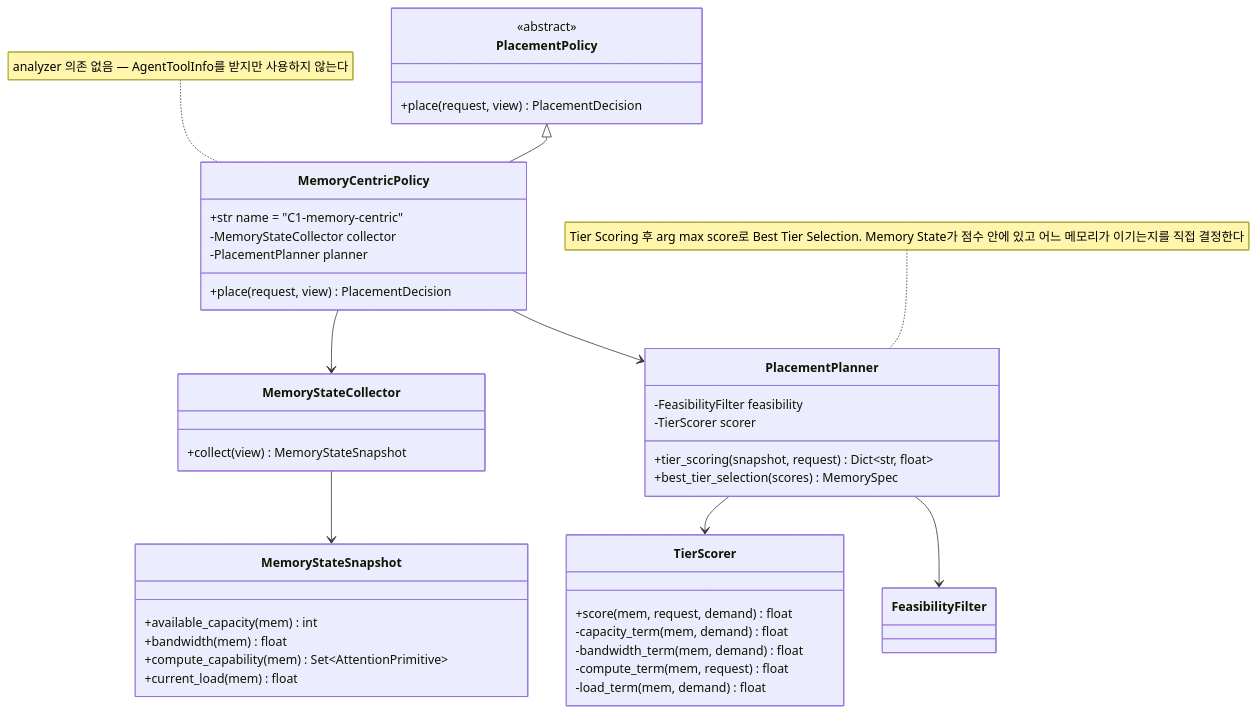
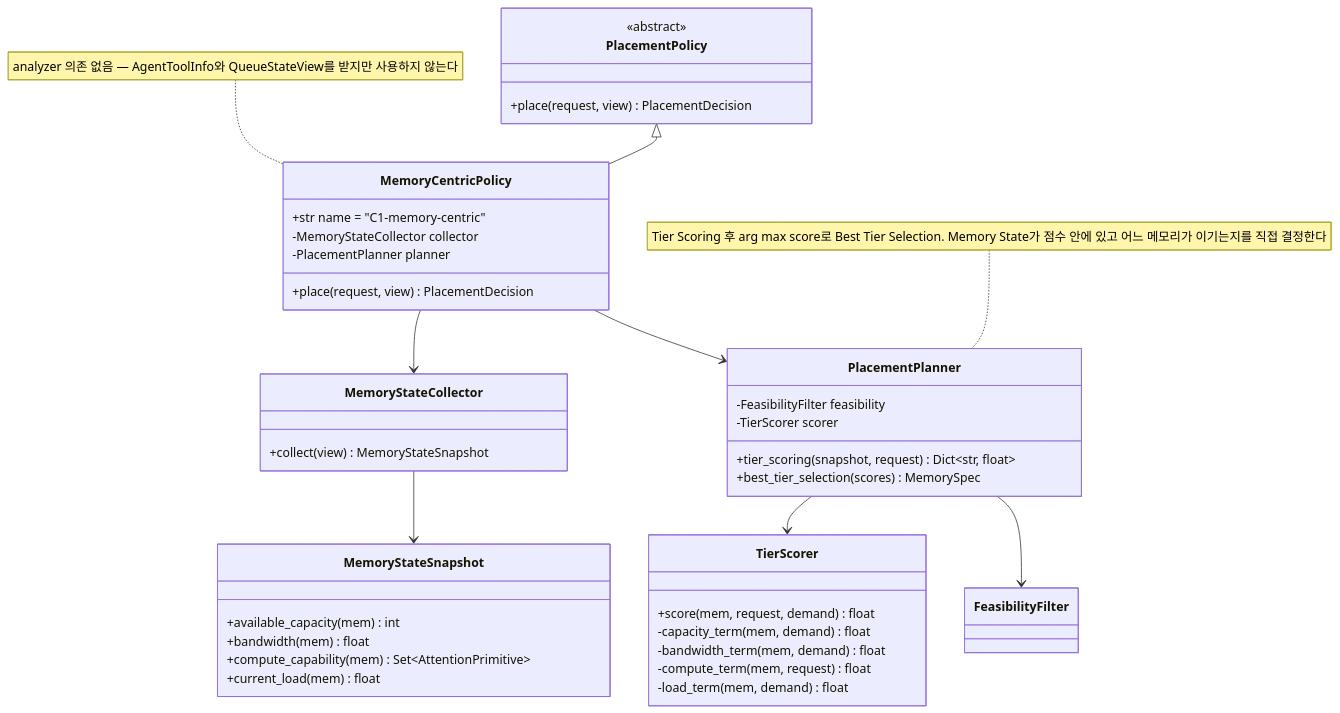
The third of 11 diagrams in doc-architect/dp1-implementation-uml.md (mkim0628/vllm), drawn with Mermaid before and after one commit. The commit also changed other lines of this file and 1 other file, not shown here.

First line of the commit message:
docs(dp1): bring the UML in line with the two decision points

````diff
--- a/doc-architect/dp1-implementation-uml.md
+++ b/doc-architect/dp1-implementation-uml.md
@@ -264,50 +325,50 @@
 ```mermaid
 classDiagram
     class PlacementPolicy {
         <<abstract>>
         +place(request, view) PlacementDecision
     }
 
     class MemoryCentricPolicy {
         +str name = "C1-memory-centric"
         -MemoryStateCollector collector
         -PlacementPlanner planner
         +place(request, view) PlacementDecision
     }
 
     class MemoryStateCollector {
         +collect(view) MemoryStateSnapshot
     }
 
     class MemoryStateSnapshot {
         +available_capacity(mem) int
         +bandwidth(mem) float
         +compute_capability(mem) Set~AttentionPrimitive~
         +current_load(mem) float
     }
 
     class PlacementPlanner {
         -FeasibilityFilter feasibility
         -TierScorer scorer
         +tier_scoring(snapshot, request) Dict~str, float~
         +best_tier_selection(scores) MemorySpec
     }
 
     class TierScorer {
         +score(mem, request, demand) float
         -capacity_term(mem, demand) float
         -bandwidth_term(mem, demand) float
         -compute_term(mem, request) float
         -load_term(mem, demand) float
     }
 
     PlacementPolicy <|-- MemoryCentricPolicy
     MemoryCentricPolicy --> MemoryStateCollector
     MemoryCentricPolicy --> PlacementPlanner
     MemoryStateCollector --> MemoryStateSnapshot
     PlacementPlanner --> TierScorer
     PlacementPlanner --> FeasibilityFilter
 
     note for PlacementPlanner "Tier Scoring 후 arg max score로 Best Tier Selection. Memory State가 점수 안에 있고 어느 메모리가 이기는지를 직접 결정한다"
-    note for MemoryCentricPolicy "analyzer 의존 없음 — AgentToolInfo를 받지만 사용하지 않는다"
+    note for MemoryCentricPolicy "analyzer 의존 없음 — AgentToolInfo와 QueueStateView를 받지만 사용하지 않는다"
 ```
````
